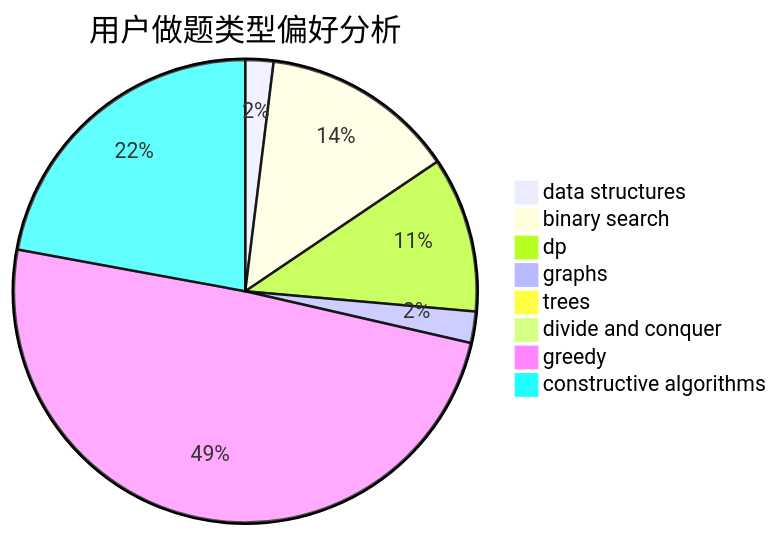
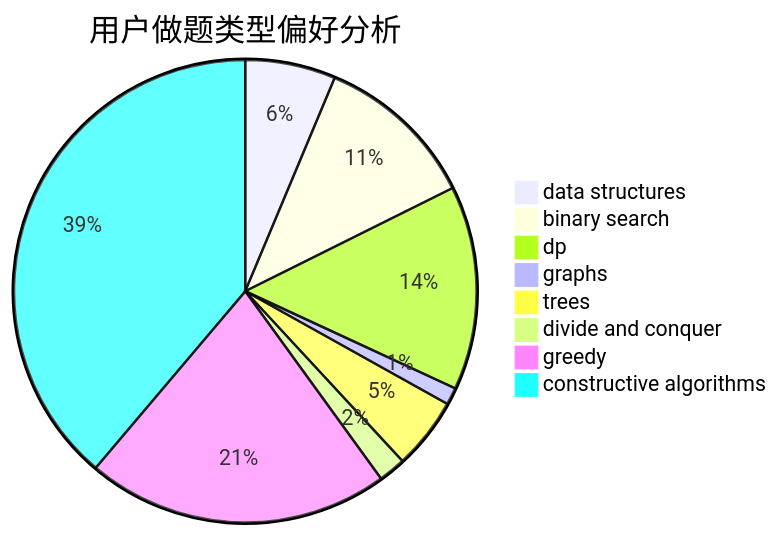
One commit to sherpahu/cfrs.github.io changed the second of 3 diagrams in docs/user/u1129.md. Above: the diagram before and after it, drawn with Mermaid. The commit also changed other lines of this file and 2770 other files, not shown here.

````diff
--- a/docs/user/u1129.md
+++ b/docs/user/u1129.md
@@ -23,11 +23,11 @@
 ```mermaid
 pie title 用户做题类型偏好分析
-    "data structures" :  43
-    "binary search" :  298
-    "dp" :  238
-    "graphs" :  48
-    "trees" :  9
-    "divide and conquer" :  1
-    "greedy" :  1081
-    "constructive algorithms" :  485
+    "data structures" :  63
+    "binary search" :  113
+    "dp" :  142
+    "graphs" :  12
+    "trees" :  50
+    "divide and conquer" :  19
+    "greedy" :  211
+    "constructive algorithms" :  387
 ```
````
